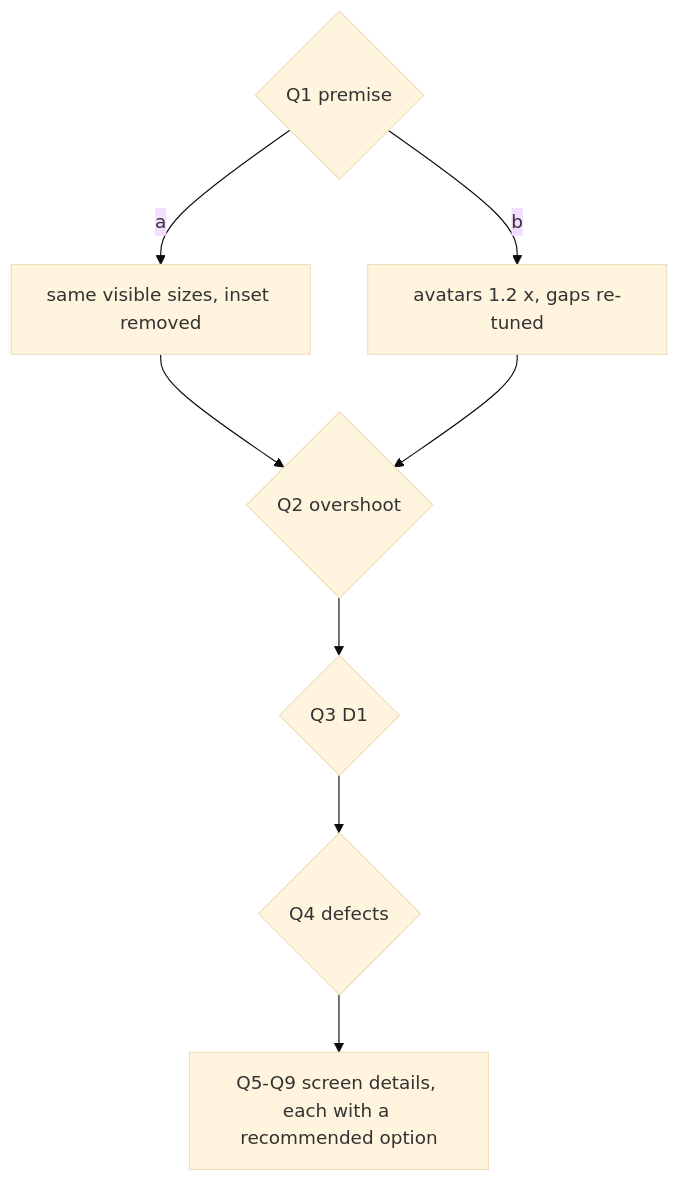
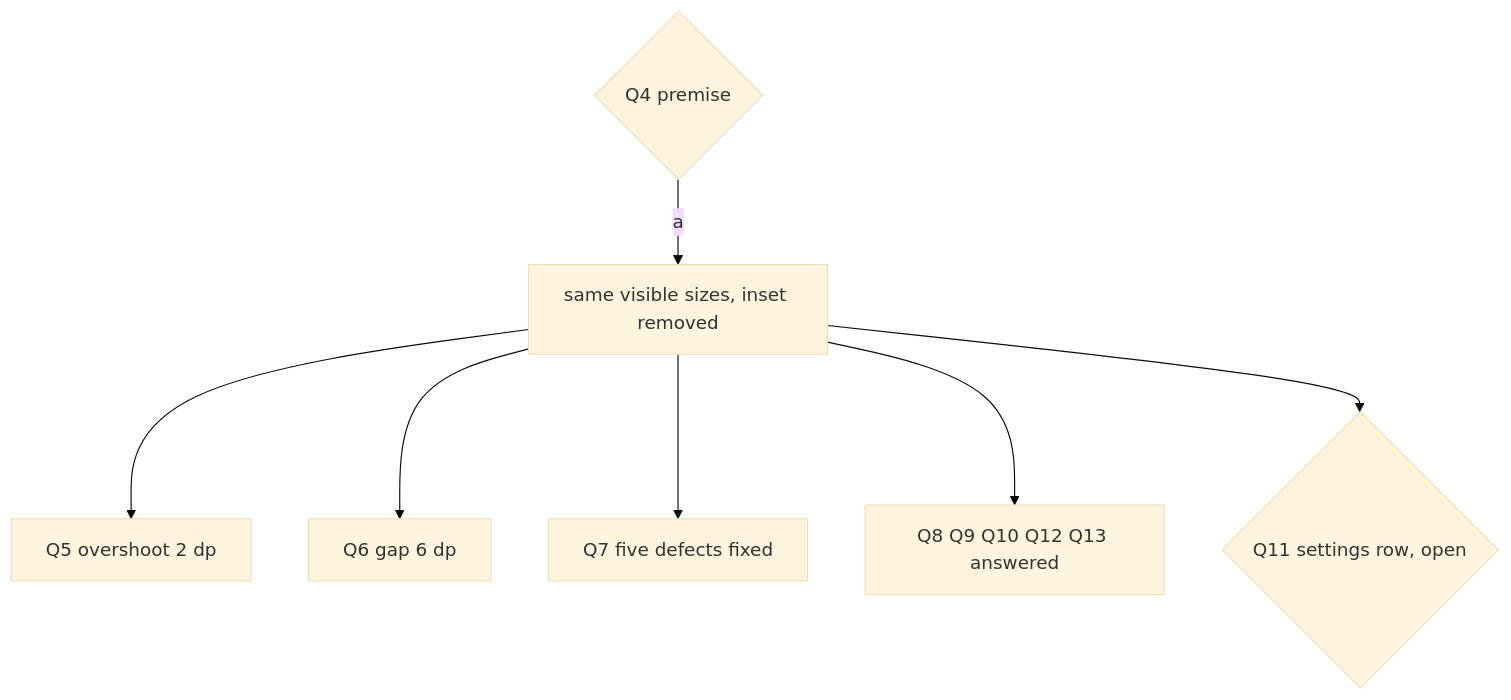
Before and after one commit to simplex-chat/simplex-chat: the sixth of 7 diagrams in plans/2026-11-12-mcp-flat-sessions.md, drawn with Mermaid (base theme). The commit also changed other lines of this file, not shown here.

Commit message:
plans: flat sessions, questions numbered as answered, neighbours of hidden rows, overshoot note

````diff
--- a/plans/2026-11-12-mcp-flat-sessions.md
+++ b/plans/2026-11-12-mcp-flat-sessions.md
@@ -553,10 +532,9 @@
 ```mermaid
 flowchart TB
-  Q1{Q1 premise} -->|a| S[same visible sizes, inset removed]
-  Q1 -->|b| G[avatars 1.2 x, gaps re-tuned]
-  S --> Q2{Q2 overshoot}
-  G --> Q2
-  Q2 --> Q3{Q3 D1}
-  Q3 --> Q4{Q4 defects}
-  Q4 --> D[Q5-Q9 screen details, each with a recommended option]
+  Q4{Q4 premise} -->|a| S[same visible sizes, inset removed]
+  S --> Q5[Q5 overshoot 2 dp]
+  S --> Q6[Q6 gap 6 dp]
+  S --> Q7[Q7 five defects fixed]
+  S --> R[Q8 Q9 Q10 Q12 Q13 answered]
+  S --> Q11{Q11 settings row, open}
 ```
````
